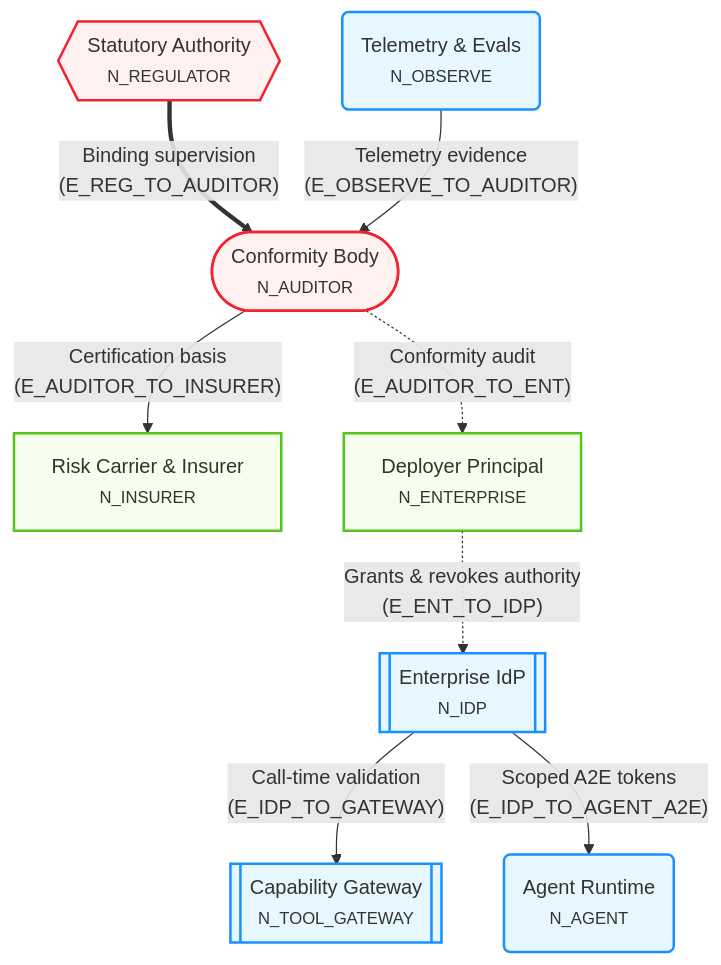
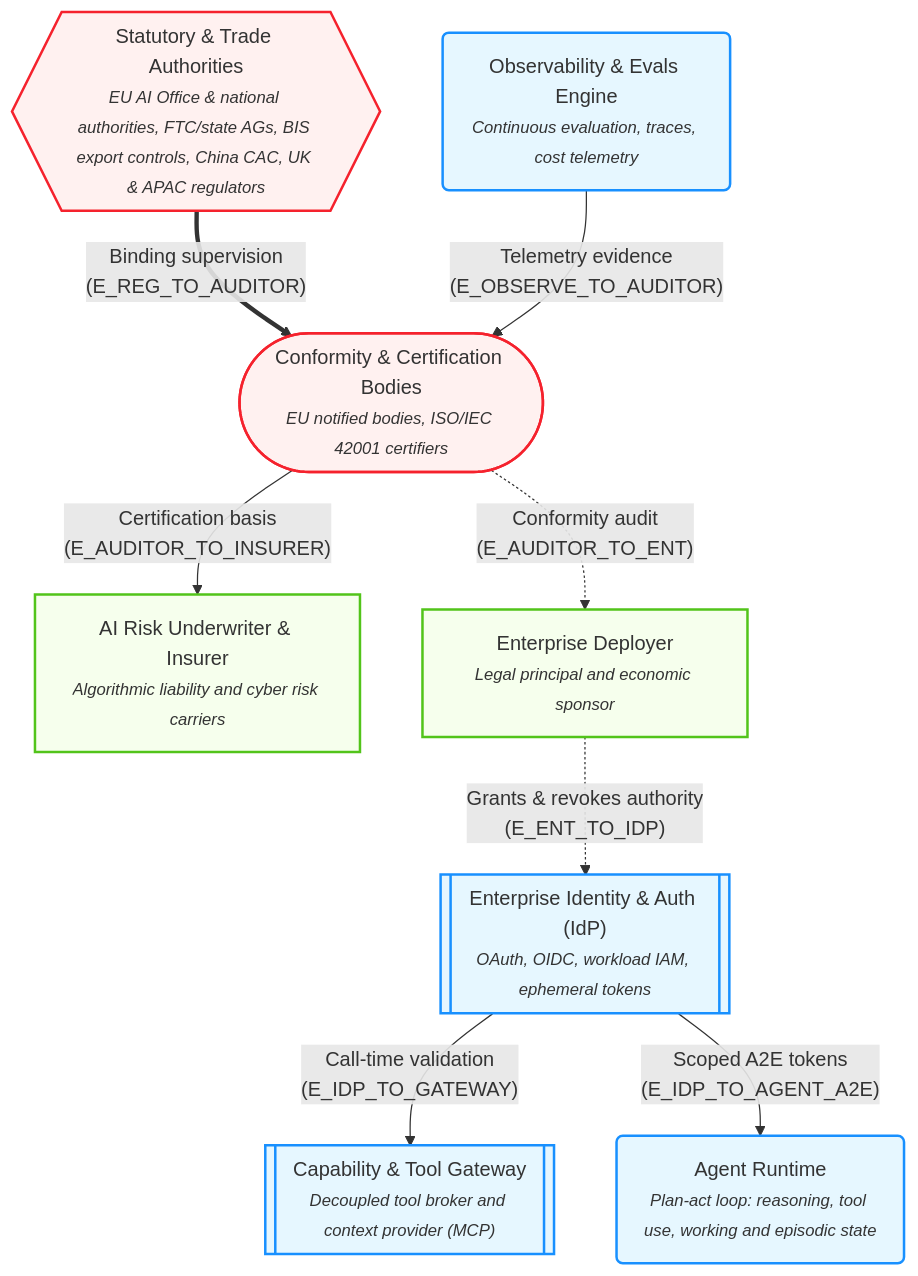
Before and after one commit to sankarshanmukhopadhyay/ai-ecosystem-model: the diagram in docs/inquiries/inq-continuing-assurance.md, drawn with Mermaid.

Commit message:
docs(inquiry): use canonical node labels in assurance diagram

````diff
--- a/docs/inquiries/inq-continuing-assurance.md
+++ b/docs/inquiries/inq-continuing-assurance.md
@@ -82,27 +82,27 @@
 ```mermaid
 flowchart TB
     classDef gov fill:#FFF1F0,stroke:#F5222D,stroke-width:2px;
     classDef econ fill:#F6FFED,stroke:#52C41A,stroke-width:2px;
     classDef tech fill:#E6F7FF,stroke:#1890FF,stroke-width:2px;
 
     %% Nodes
-    N_REGULATOR{{"Statutory Authority<br/><small>N_REGULATOR</small>"}}:::gov
-    N_AUDITOR(["Conformity Body<br/><small>N_AUDITOR</small>"]):::gov
-    N_INSURER["Risk Carrier & Insurer<br/><small>N_INSURER</small>"]:::econ
-    N_OBSERVE("Telemetry & Evals<br/><small>N_OBSERVE</small>"):::tech
-    N_ENTERPRISE["Deployer Principal<br/><small>N_ENTERPRISE</small>"]:::econ
-    N_IDP[["Enterprise IdP<br/><small>N_IDP</small>"]]:::tech
-    N_TOOL_GATEWAY[["Capability Gateway<br/><small>N_TOOL_GATEWAY</small>"]]:::tech
-    N_AGENT("Agent Runtime<br/><small>N_AGENT</small>"):::tech
+    N_REGULATOR{{"Statutory &amp; Trade Authorities<br/><small><i>EU AI Office &amp; national authorities, FTC/state AGs, BIS export controls, China CAC, UK &amp; APAC regulators</i></small>"}}:::gov
+    N_AUDITOR(["Conformity &amp; Certification Bodies<br/><small><i>EU notified bodies, ISO/IEC 42001 certifiers</i></small>"]):::gov
+    N_INSURER["AI Risk Underwriter &amp; Insurer<br/><small><i>Algorithmic liability and cyber risk carriers</i></small>"]:::econ
+    N_OBSERVE("Observability &amp; Evals Engine<br/><small><i>Continuous evaluation, traces, cost telemetry</i></small>"):::tech
+    N_ENTERPRISE["Enterprise Deployer<br/><small><i>Legal principal and economic sponsor</i></small>"]:::econ
+    N_IDP[["Enterprise Identity &amp; Auth (IdP)<br/><small><i>OAuth, OIDC, workload IAM, ephemeral tokens</i></small>"]]:::tech
+    N_TOOL_GATEWAY[["Capability &amp; Tool Gateway<br/><small><i>Decoupled tool broker and context provider (MCP)</i></small>"]]:::tech
+    N_AGENT("Agent Runtime<br/><small><i>Plan-act loop: reasoning, tool use, working and episodic state</i></small>"):::tech
 
     %% External Assurance & Oversight Layer
     N_REGULATOR == "Binding supervision<br/>(E_REG_TO_AUDITOR)" ==> N_AUDITOR
     N_OBSERVE -->|"Telemetry evidence<br/>(E_OBSERVE_TO_AUDITOR)"| N_AUDITOR
     N_AUDITOR -->|"Certification basis<br/>(E_AUDITOR_TO_INSURER)"| N_INSURER
     N_AUDITOR -. "Conformity audit<br/>(E_AUDITOR_TO_ENT)" .-> N_ENTERPRISE
 
     %% Internal Delegation & Revocation Kill-Chain
     N_ENTERPRISE -. "Grants & revokes authority<br/>(E_ENT_TO_IDP)" .-> N_IDP
     N_IDP -->|"Call-time validation<br/>(E_IDP_TO_GATEWAY)"| N_TOOL_GATEWAY
     N_IDP -->|"Scoped A2E tokens<br/>(E_IDP_TO_AGENT_A2E)"| N_AGENT
 ```    
````
